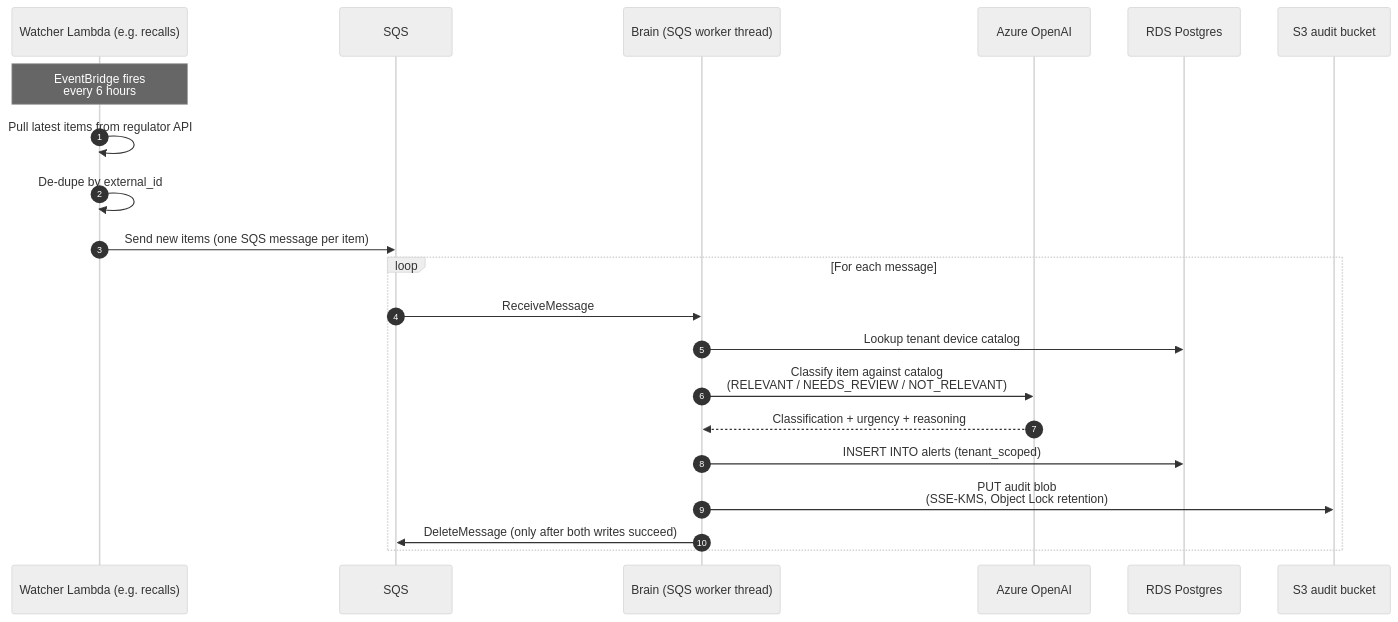
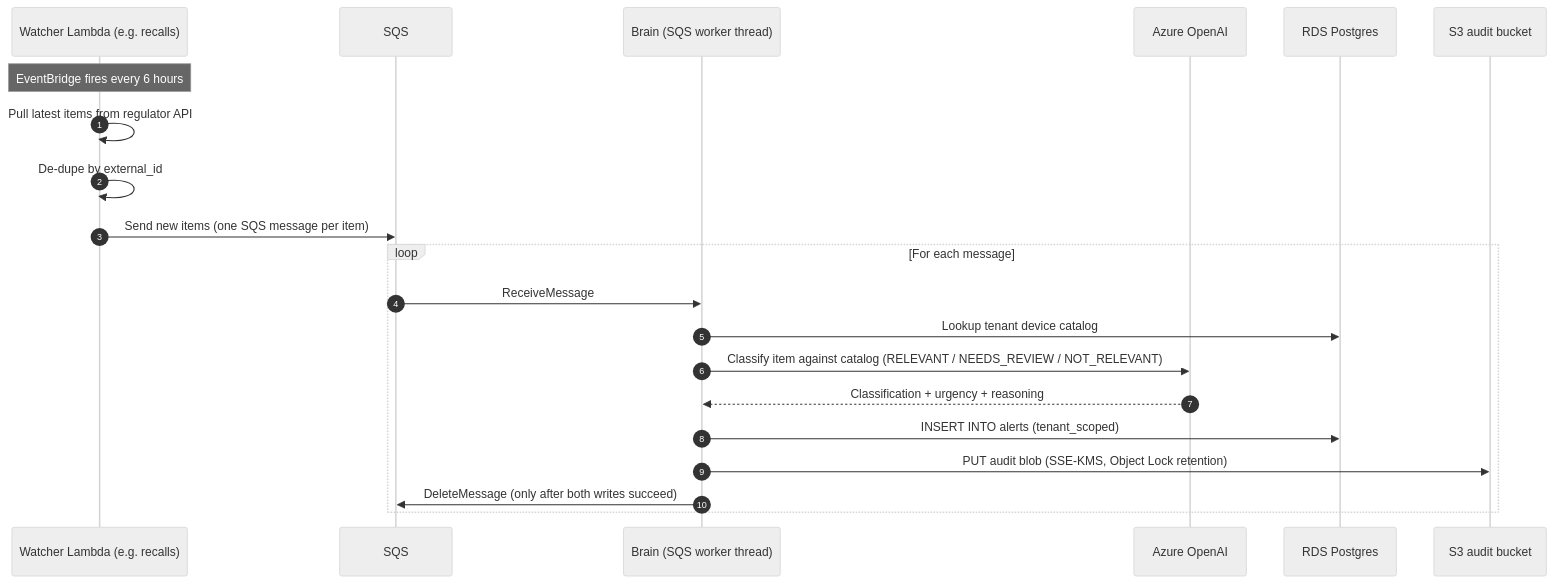
Before and after one commit to MEEKMILEZ/regops-sentinel: the second of 3 diagrams in docs/architecture.md, drawn with Mermaid (neutral theme). The commit also changed other lines of this file, not shown here.

First line of the commit message:
fix(docs): strip <br/> from Mermaid sequence diagram messages and notes

````diff
--- a/docs/architecture.md
+++ b/docs/architecture.md
@@ -97,25 +97,25 @@
 ```mermaid
 sequenceDiagram
     autonumber
     participant W as Watcher Lambda (e.g. recalls)
     participant Q as SQS
     participant B as Brain (SQS worker thread)
     participant AI as Azure OpenAI
     participant DB as RDS Postgres
     participant S3 as S3 audit bucket
 
-    Note over W: EventBridge fires<br/>every 6 hours
+ Note over W: EventBridge fires every 6 hours
     W->>W: Pull latest items from regulator API
     W->>W: De-dupe by external_id
     W->>Q: Send new items (one SQS message per item)
 
     loop For each message
         Q->>B: ReceiveMessage
         B->>DB: Lookup tenant device catalog
-        B->>AI: Classify item against catalog<br/>(RELEVANT / NEEDS_REVIEW / NOT_RELEVANT)
+ B->>AI: Classify item against catalog (RELEVANT / NEEDS_REVIEW / NOT_RELEVANT)
         AI-->>B: Classification + urgency + reasoning
         B->>DB: INSERT INTO alerts (tenant_scoped)
-        B->>S3: PUT audit blob<br/>(SSE-KMS, Object Lock retention)
+ B->>S3: PUT audit blob (SSE-KMS, Object Lock retention)
         B->>Q: DeleteMessage (only after both writes succeed)
     end
 ```
````
